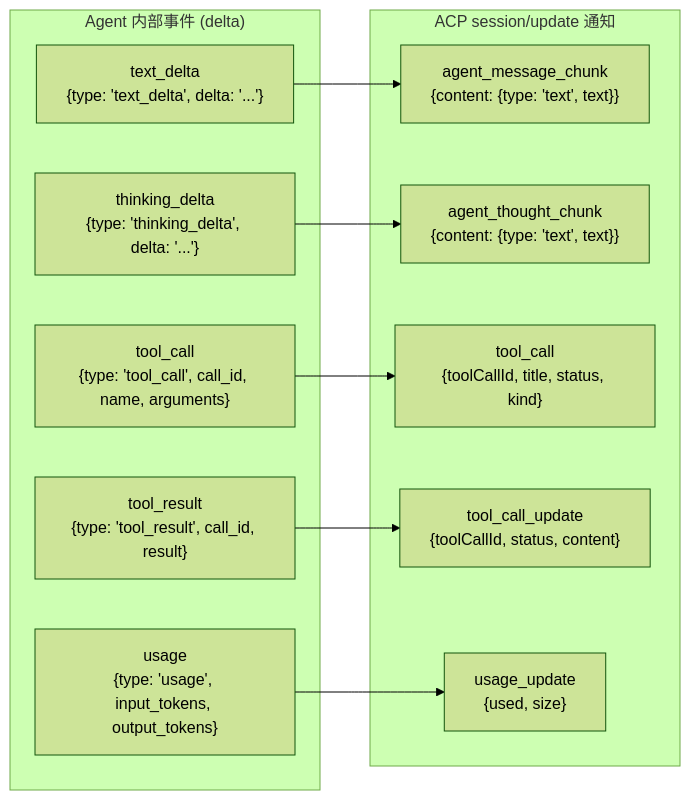
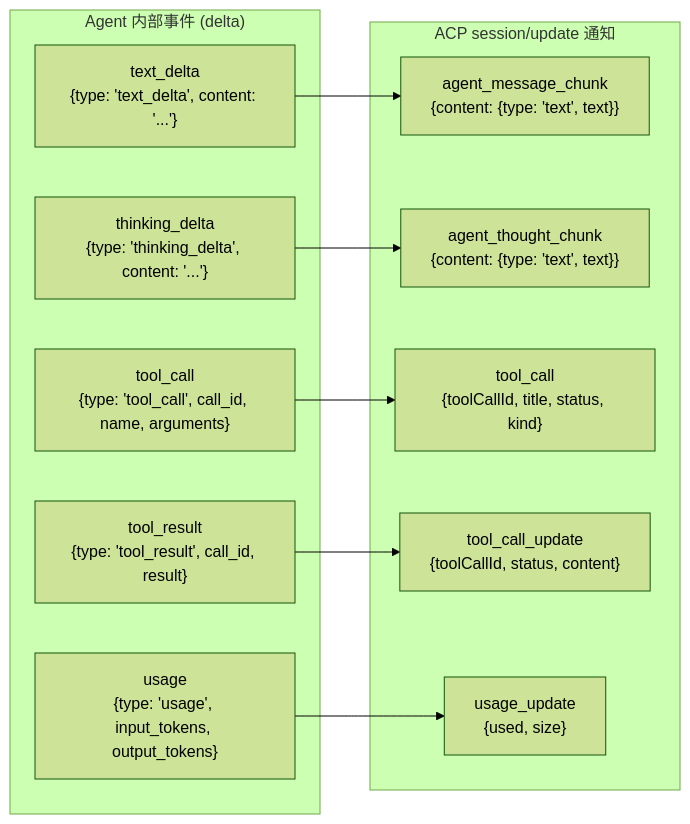
The eighth of 11 diagrams in docs/architecture/acp.md (shiwenwen/hope-agent), drawn with Mermaid (forest theme) before and after one commit. The commit also changed other lines of this file and 38 other files, not shown here.

````diff
--- a/docs/architecture/acp.md
+++ b/docs/architecture/acp.md
@@ -355,25 +355,25 @@
 ```mermaid
 graph LR
     subgraph "Agent 内部事件 (delta)"
-        TD["text_delta<br/>{type: 'text_delta', delta: '...'}"]
-        TK["thinking_delta<br/>{type: 'thinking_delta', delta: '...'}"]
+        TD["text_delta<br/>{type: 'text_delta', content: '...'}"]
+        TK["thinking_delta<br/>{type: 'thinking_delta', content: '...'}"]
         TC["tool_call<br/>{type: 'tool_call', call_id, name, arguments}"]
         TR["tool_result<br/>{type: 'tool_result', call_id, result}"]
         US["usage<br/>{type: 'usage', input_tokens, output_tokens}"]
     end
 
     subgraph "ACP session/update 通知"
         AMC["agent_message_chunk<br/>{content: {type: 'text', text}}"]
         ATC["agent_thought_chunk<br/>{content: {type: 'text', text}}"]
         TCN["tool_call<br/>{toolCallId, title, status, kind}"]
         TCU["tool_call_update<br/>{toolCallId, status, content}"]
         UU["usage_update<br/>{used, size}"]
     end
 
     TD --> AMC
     TK --> ATC
     TC --> TCN
     TR --> TCU
     US --> UU
 
 ```
````
